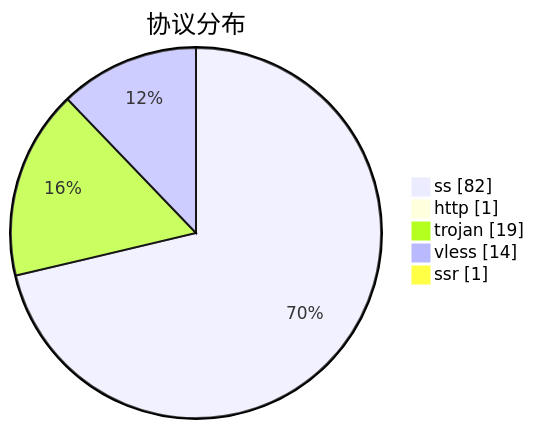
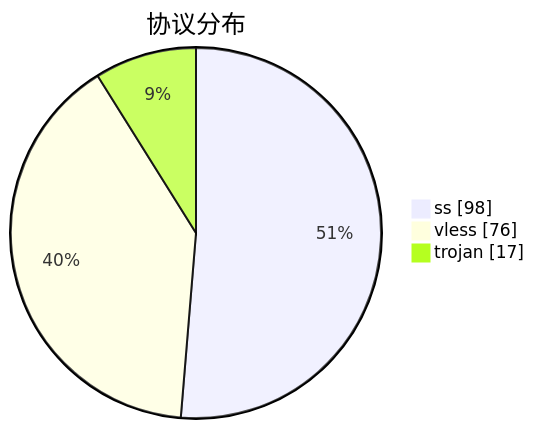
The third of 3 diagrams in subs/statistics/tested_within.md (qjlxg/airport), drawn with Mermaid before and after one commit. The commit also changed other lines of this file and 2 other files, not shown here.

````diff
--- a/subs/statistics/tested_within.md
+++ b/subs/statistics/tested_within.md
@@ -35,9 +35,7 @@
 ```mermaid
 pie showData
 title 协议分布
-"ss" : 82
-"http" : 1
-"trojan" : 19
-"vless" : 14
-"ssr" : 1
+"ss" : 98
+"vless" : 76
+"trojan" : 17
 ```
````
